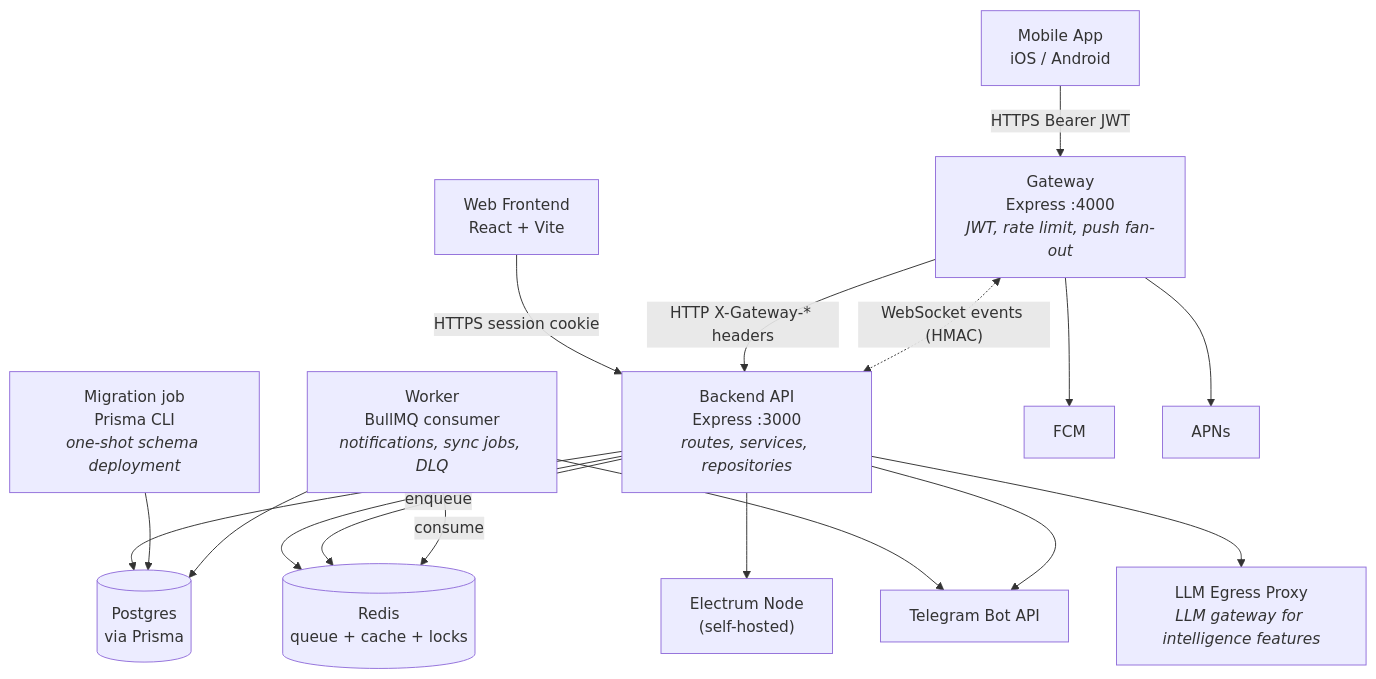
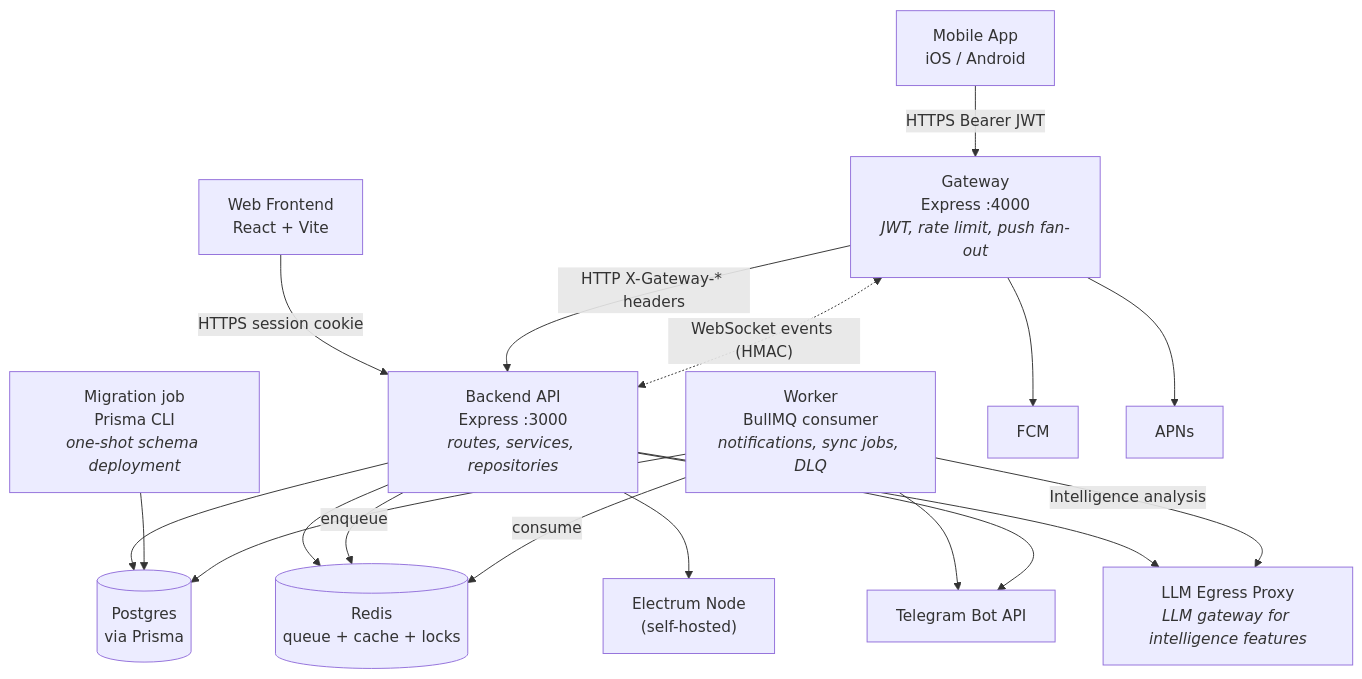
The diagram in docs/architecture/containers.md (nekoguntai-castle/sanctuary), drawn with Mermaid before and after one commit. The commit also changed other lines of this file and 31 other files, not shown here.

````diff
--- a/docs/architecture/containers.md
+++ b/docs/architecture/containers.md
@@ -5,47 +5,48 @@
 ```mermaid
 graph TD
     Mobile["Mobile App<br/>iOS / Android"]
     Web["Web Frontend<br/>React + Vite"]
 
     Gateway["Gateway<br/>Express :4000<br/><i>JWT, rate limit, push fan-out</i>"]
     Backend["Backend API<br/>Express :3000<br/><i>routes, services, repositories</i>"]
     Worker["Worker<br/>BullMQ consumer<br/><i>notifications, sync jobs, DLQ</i>"]
     Migrate["Migration job<br/>Prisma CLI<br/><i>one-shot schema deployment</i>"]
     AiProxy["LLM Egress Proxy<br/><i>LLM gateway for intelligence features</i>"]
 
     Postgres[(Postgres<br/>via Prisma)]
     Redis[(Redis<br/>queue + cache + locks)]
     Electrum["Electrum Node<br/>(self-hosted)"]
 
     FCM["FCM"]
     APNs["APNs"]
     Telegram["Telegram Bot API"]
 
     Mobile -- "HTTPS Bearer JWT" --> Gateway
     Web -- "HTTPS session cookie" --> Backend
     Gateway -- "HTTP X-Gateway-* headers" --> Backend
     Gateway <-. "WebSocket events (HMAC)" .-> Backend
 
     Backend --> Postgres
     Migrate --> Postgres
     Backend --> Redis
     Backend --> Electrum
     Backend -- "enqueue" --> Redis
     Worker -- "consume" --> Redis
     Worker --> Postgres
     Worker --> Telegram
     Backend --> Telegram
     Backend --> AiProxy
+    Worker -- "Intelligence analysis" --> AiProxy
 
     Gateway --> FCM
     Gateway --> APNs
 
     click Mobile href "../../README.md" "Mobile app repo"
     click Web href "../../src/" "Web frontend source"
     click Gateway href "../../gateway/ARCHITECTURE.md" "Gateway architecture"
     click Backend href "../../server/ARCHITECTURE.md" "Backend architecture"
     click Worker href "../../server/src/worker.ts" "Worker entry point"
     click Migrate href "../adr/0006-prisma-migration-image.md" "Prisma migration image decision"
     click AiProxy href "../../llm-egress-proxy/ARCHITECTURE.md" "LLM egress proxy architecture"
     click Telegram href "notification-pipeline.md" "Notification component view"
 ```
````
